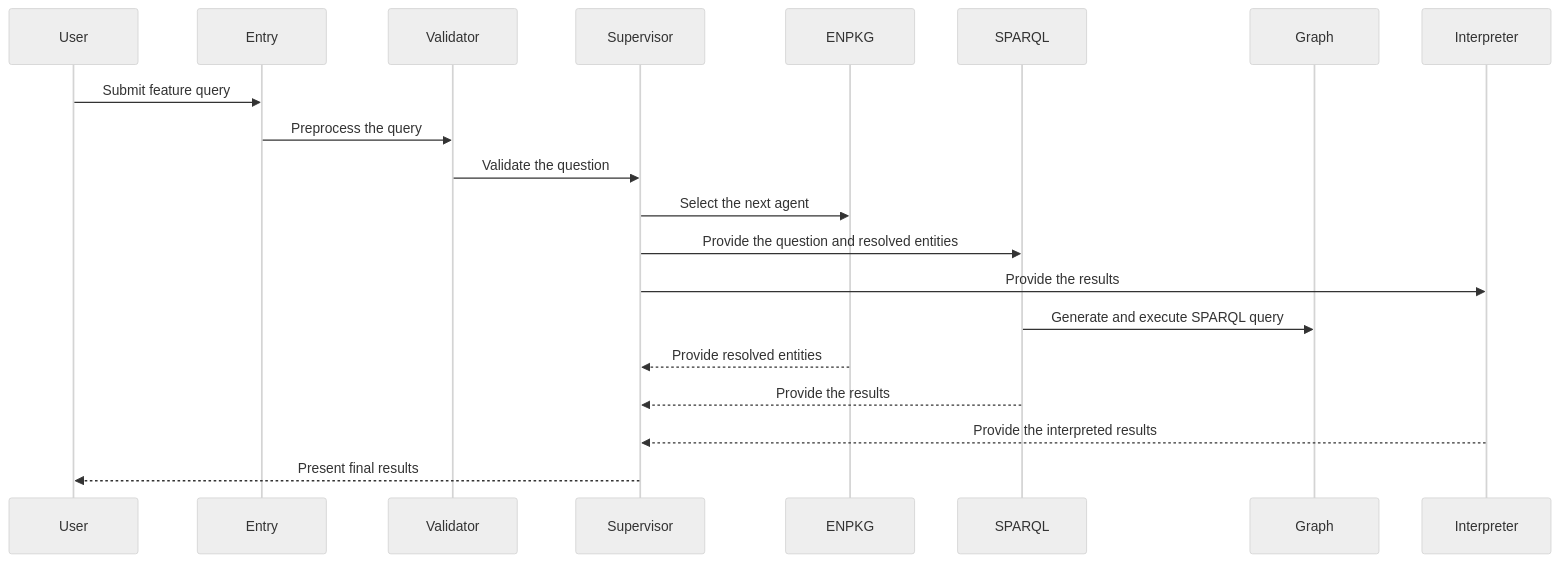
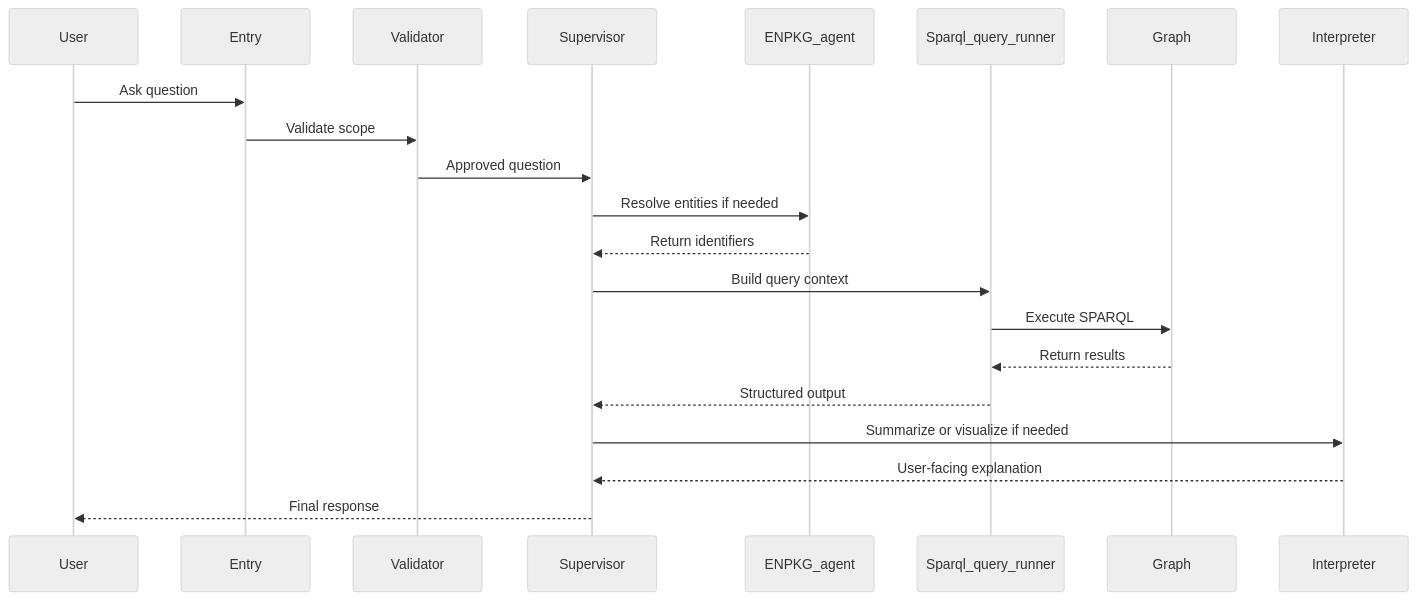
Before and after one commit to HolobiomicsLab/MetaboT: the second of 2 diagrams in docs/user-guide/overview.md, drawn with Mermaid (neutral theme). The commit also changed other lines of this file and 10 other files, not shown here.

````diff
--- a/docs/user-guide/overview.md
+++ b/docs/user-guide/overview.md
@@ -93,23 +72,24 @@
 ```mermaid
 sequenceDiagram
     participant User
     participant Entry
     participant Validator
     participant Supervisor
-    participant ENPKG
-    participant SPARQL 
+    participant KG as ENPKG_agent
+    participant SPARQL as Sparql_query_runner
     participant Graph
     participant Interpreter
-   
-    User->>Entry: Submit feature query
-    Entry->>Validator: Preprocess the query
-    Validator->>Supervisor: Validate the question
-    Supervisor->>ENPKG:Select the next agent 
-    Supervisor->>SPARQL: Provide the question and resolved entities
-    Supervisor->>Interpreter: Provide the results
-    SPARQL->>Graph: Generate and execute SPARQL query 
-    ENPKG-->>Supervisor: Provide resolved entities
-    SPARQL-->>Supervisor: Provide the results
-    Interpreter-->>Supervisor: Provide the interpreted results
-    Supervisor-->>User: Present final results
+
+    User->>Entry: Ask question
+    Entry->>Validator: Validate scope
+    Validator->>Supervisor: Approved question
+    Supervisor->>KG: Resolve entities if needed
+    KG-->>Supervisor: Return identifiers
+    Supervisor->>SPARQL: Build query context
+    SPARQL->>Graph: Execute SPARQL
+    Graph-->>SPARQL: Return results
+    SPARQL-->>Supervisor: Structured output
+    Supervisor->>Interpreter: Summarize or visualize if needed
+    Interpreter-->>Supervisor: User-facing explanation
+    Supervisor-->>User: Final response
 ```
````
